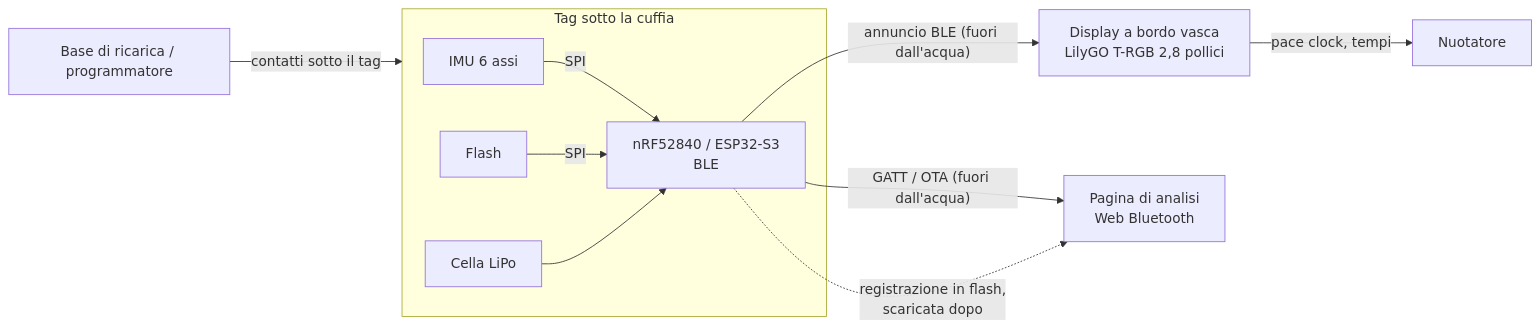
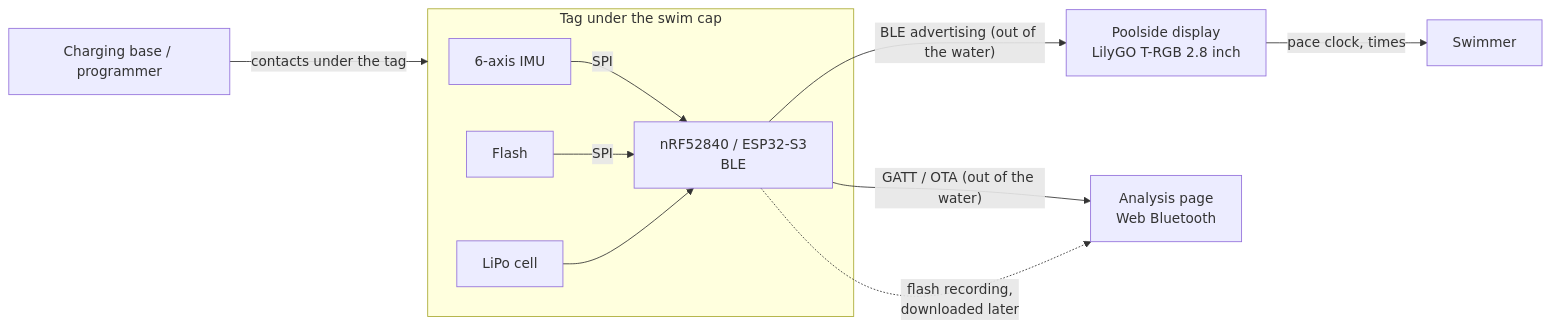
Before and after one commit to PZero/SwimTimer: the diagram in README.md, drawn with Mermaid. The commit also changed other lines of this file and 106 other files, not shown here.

````diff
--- a/README.md
+++ b/README.md
@@ -55,13 +60,13 @@
 ```mermaid
 flowchart LR
-  subgraph TAG[Tag sotto la cuffia]
-    IMU[IMU 6 assi] -- SPI --> MCU[nRF52840 / ESP32-S3<br/>BLE]
+  subgraph TAG[Tag under the swim cap]
+    IMU[6-axis IMU] -- SPI --> MCU[nRF52840 / ESP32-S3<br/>BLE]
     FL[Flash] -- SPI --> MCU
-    CEL[Cella LiPo] --> MCU
+    CEL[LiPo cell] --> MCU
   end
-  MCU -- "annuncio BLE (fuori dall'acqua)" --> DSP[Display a bordo vasca<br/>LilyGO T-RGB 2,8 pollici]
-  MCU -- "GATT / OTA (fuori dall'acqua)" --> WEB[Pagina di analisi<br/>Web Bluetooth]
-  MCU -. "registrazione in flash,<br/>scaricata dopo" .-> WEB
-  DSP -- "pace clock, tempi" --> NUO[Nuotatore]
-  CUS[Base di ricarica / programmatore] -- "contatti sotto il tag" --> TAG
+  MCU -- "BLE advertising (out of the water)" --> DSP[Poolside display<br/>LilyGO T-RGB 2.8 inch]
+  MCU -- "GATT / OTA (out of the water)" --> WEB[Analysis page<br/>Web Bluetooth]
+  MCU -. "flash recording,<br/>downloaded later" .-> WEB
+  DSP -- "pace clock, times" --> SWI[Swimmer]
+  CHG[Charging base / programmer] -- "contacts under the tag" --> TAG
 ```
````
